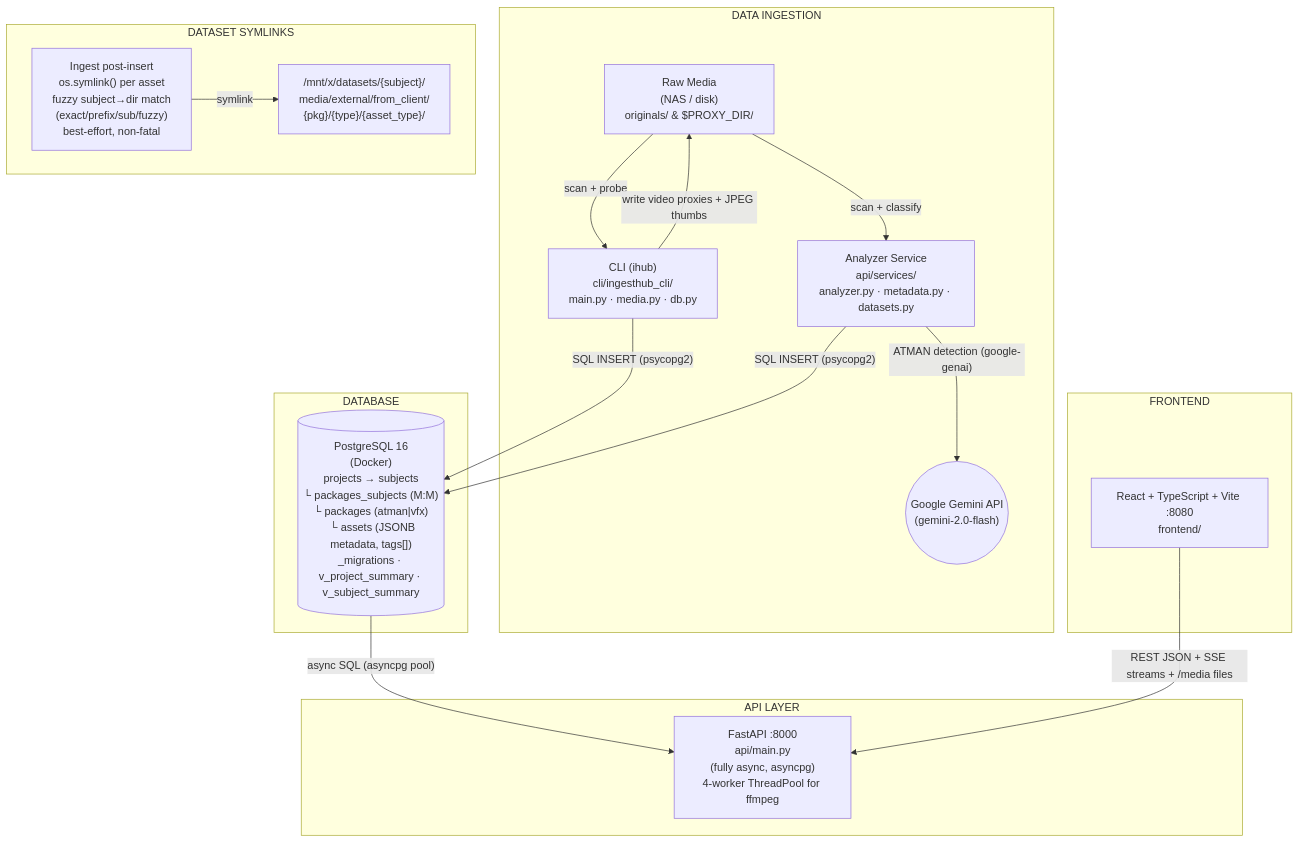
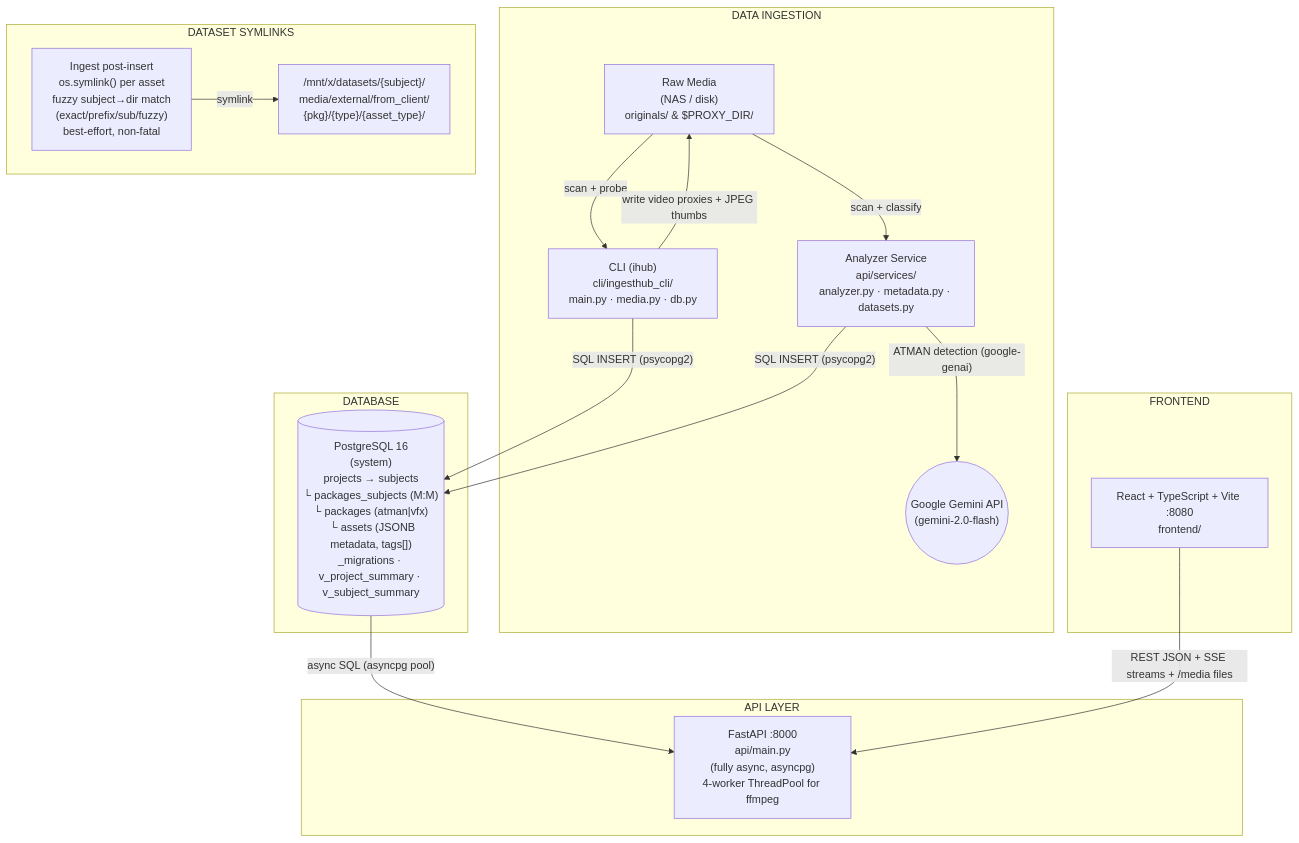
The diagram in CLAUDE.md (Metaphysic-ai/brahmahub), drawn with Mermaid before and after one commit. The commit also changed other lines of this file and 5 other files, not shown here.

First line of the commit message:
ci: add GitHub Actions CI workflow, use system PostgreSQL

````diff
--- a/CLAUDE.md
+++ b/CLAUDE.md
@@ -146,38 +157,38 @@
 ```mermaid
 graph TB
     subgraph ingestion["DATA INGESTION"]
         media["Raw Media<br/>(NAS / disk)<br/>originals/ &amp; $PROXY_DIR/"]
         cli["CLI (ihub)<br/>cli/ingesthub_cli/<br/>main.py · media.py · db.py"]
         analyzer["Analyzer Service<br/>api/services/<br/>analyzer.py · metadata.py · datasets.py"]
         gemini(("Google Gemini API<br/>(gemini-2.0-flash)"))
 
         media -- "scan + probe" --> cli
         cli -- "write video proxies + JPEG thumbs" --> media
         media -- "scan + classify" --> analyzer
         analyzer -- "ATMAN detection (google-genai)" --> gemini
     end
 
     subgraph symlinks["DATASET SYMLINKS"]
         datasets["/mnt/x/datasets/{subject}/<br/>media/external/from_client/<br/>{pkg}/{type}/{asset_type}/"]
         ingest_post["Ingest post-insert<br/>os.symlink() per asset<br/>fuzzy subject→dir match<br/>(exact/prefix/sub/fuzzy)<br/>best-effort, non-fatal"]
 
         ingest_post -- "symlink" --> datasets
     end
 
     subgraph database["DATABASE"]
-        pg[("PostgreSQL 16<br/>(Docker)<br/>projects → subjects<br/>└ packages_subjects (M:M)<br/>└ packages (atman|vfx)<br/>&nbsp;&nbsp;└ assets (JSONB metadata, tags[])<br/>_migrations · v_project_summary · v_subject_summary")]
+        pg[("PostgreSQL 16<br/>(system)<br/>projects → subjects<br/>└ packages_subjects (M:M)<br/>└ packages (atman|vfx)<br/>&nbsp;&nbsp;└ assets (JSONB metadata, tags[])<br/>_migrations · v_project_summary · v_subject_summary")]
     end
 
     subgraph api["API LAYER"]
         fastapi["FastAPI :8000<br/>api/main.py<br/>(fully async, asyncpg)<br/>4-worker ThreadPool for ffmpeg"]
     end
 
     subgraph fe["FRONTEND"]
         react["React + TypeScript + Vite :8080<br/>frontend/"]
     end
 
     cli -- "SQL INSERT (psycopg2)" --> pg
     analyzer -- "SQL INSERT (psycopg2)" --> pg
     pg -- "async SQL (asyncpg pool)" --> fastapi
     react -- "REST JSON + SSE streams + /media files" --> fastapi
 ```
````
